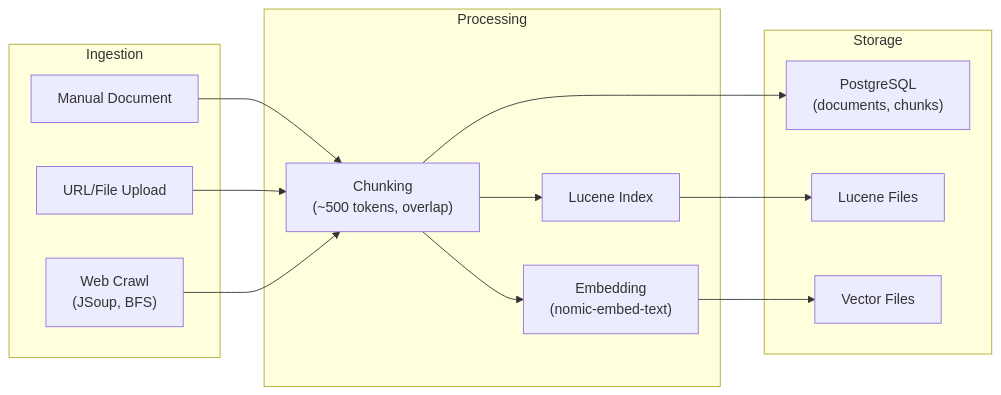
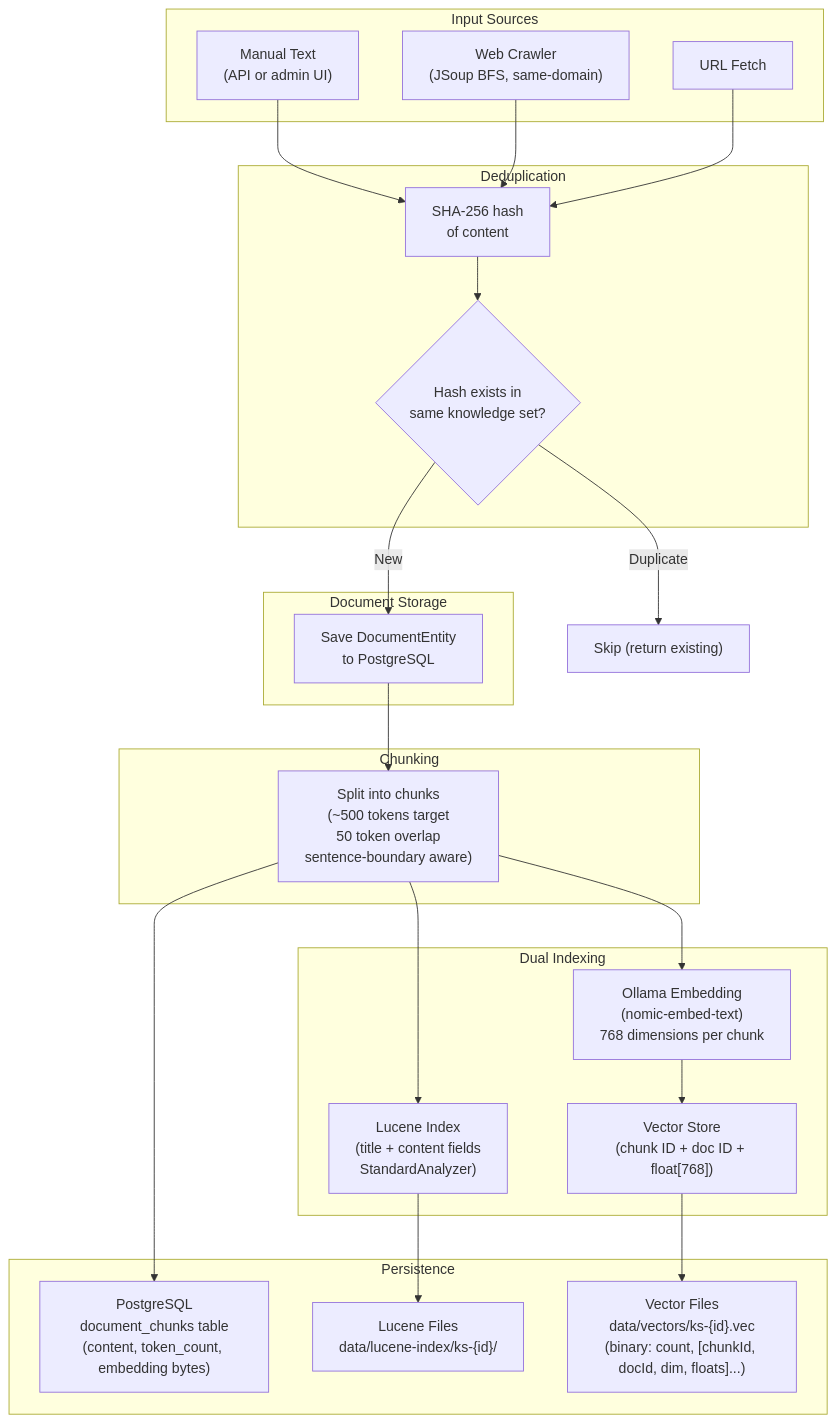
One commit to geekychris/enterprise_social_platform changed the fifth of 11 diagrams in ai-support/README.md. Above: the diagram before and after it, drawn with Mermaid. The commit also changed other lines of this file, not shown here.

First line of the commit message:
Comprehensive AI Support architecture docs with mermaid diagrams

````diff
--- a/ai-support/README.md
+++ b/ai-support/README.md
@@ -145,29 +340,47 @@
 ```mermaid
-flowchart LR
-    subgraph "Ingestion"
-        Manual["Manual Document"]
-        URL["URL/File Upload"]
-        Crawl["Web Crawl<br/>(JSoup, BFS)"]
+flowchart TB
+    subgraph "Input Sources"
+        Manual["Manual Text<br/>(API or admin UI)"]
+        Crawl["Web Crawler<br/>(JSoup BFS, same-domain)"]
+        URL["URL Fetch"]
     end
 
-    subgraph "Processing"
-        Chunk["Chunking<br/>(~500 tokens, overlap)"]
-        Embed["Embedding<br/>(nomic-embed-text)"]
-        Index["Lucene Index"]
+    subgraph "Deduplication"
+        Hash["SHA-256 hash<br/>of content"]
+        Check{"Hash exists in<br/>same knowledge set?"}
     end
 
-    subgraph "Storage"
-        DB["PostgreSQL<br/>(documents, chunks)"]
-        LI["Lucene Files"]
-        VS["Vector Files"]
+    subgraph "Document Storage"
+        Save["Save DocumentEntity<br/>to PostgreSQL"]
     end
 
-    Manual --> Chunk
-    URL --> Chunk
-    Crawl --> Chunk
-    Chunk --> Embed
-    Chunk --> Index
-    Embed --> VS
-    Index --> LI
-    Chunk --> DB
+    subgraph "Chunking"
+        Split["Split into chunks<br/>(~500 tokens target<br/>50 token overlap<br/>sentence-boundary aware)"]
+    end
+
+    subgraph "Dual Indexing"
+        Embed["Ollama Embedding<br/>(nomic-embed-text)<br/>768 dimensions per chunk"]
+        LuceneIdx["Lucene Index<br/>(title + content fields<br/>StandardAnalyzer)"]
+        VecStore["Vector Store<br/>(chunk ID + doc ID + float[768])"]
+    end
+
+    subgraph "Persistence"
+        DB["PostgreSQL<br/>document_chunks table<br/>(content, token_count, embedding bytes)"]
+        FS1["Lucene Files<br/>data/lucene-index/ks-{id}/"]
+        FS2["Vector Files<br/>data/vectors/ks-{id}.vec<br/>(binary: count, [chunkId, docId, dim, floats]...)"]
+    end
+
+    Manual --> Hash
+    Crawl --> Hash
+    URL --> Hash
+    Hash --> Check
+    Check -->|"Duplicate"| Skip["Skip (return existing)"]
+    Check -->|"New"| Save
+    Save --> Split
+    Split --> Embed
+    Split --> LuceneIdx
+    Split --> DB
+    Embed --> VecStore
+    LuceneIdx --> FS1
+    VecStore --> FS2
 ```
````
